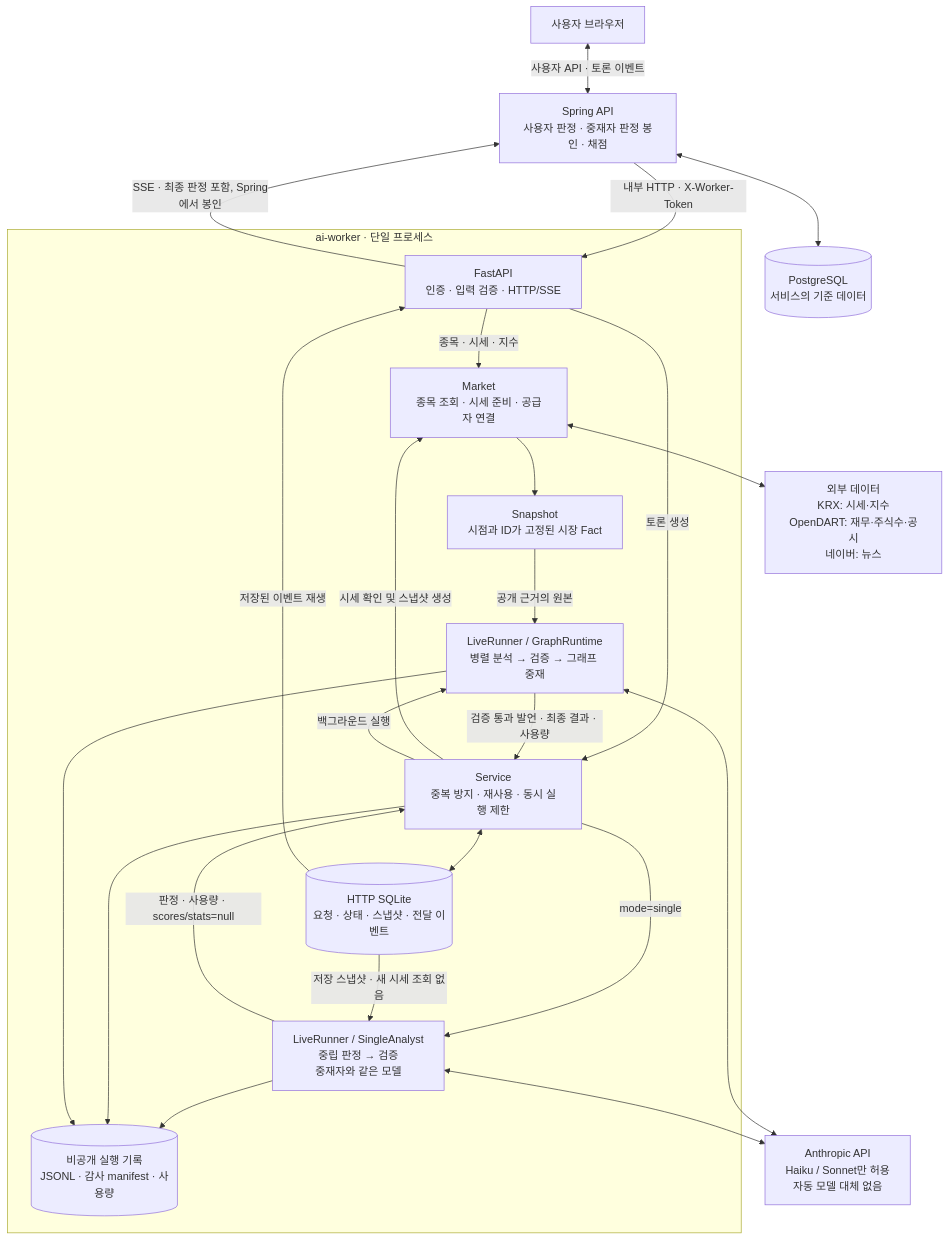
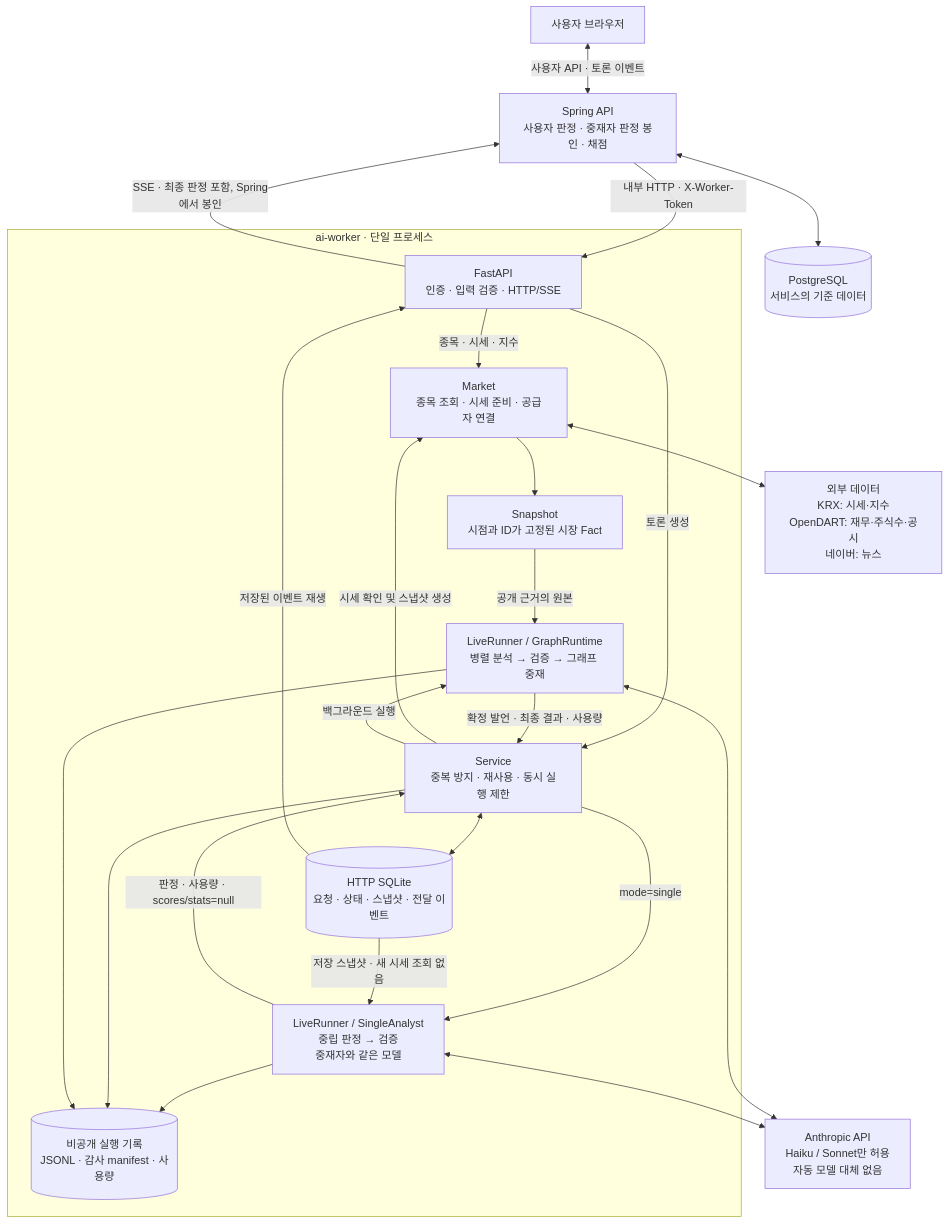
The first of 2 diagrams in ai-worker/README.md (ricky00-dev/bull-and-bear), drawn with Mermaid before and after one commit. The commit also changed other lines of this file and 61 other files, not shown here.

````diff
--- a/ai-worker/README.md
+++ b/ai-worker/README.md
@@ -196,38 +205,38 @@
 ```mermaid
 flowchart TB
     Browser["사용자 브라우저"] <-->|"사용자 API · 토론 이벤트"| Spring["Spring API<br/>사용자 판정 · 중재자 판정 봉인 · 채점"]
     Spring <--> PG[("PostgreSQL<br/>서비스의 기준 데이터")]
 
     subgraph Worker["ai-worker · 단일 프로세스"]
         HTTP["FastAPI<br/>인증 · 입력 검증 · HTTP/SSE"]
         Market["Market<br/>종목 조회 · 시세 준비 · 공급자 연결"]
         Service["Service<br/>중복 방지 · 재사용 · 동시 실행 제한"]
         Snapshot["Snapshot<br/>시점과 ID가 고정된 시장 Fact"]
         Engine["LiveRunner / GraphRuntime<br/>병렬 분석 → 검증 → 그래프 중재"]
         Single["LiveRunner / SingleAnalyst<br/>중립 판정 → 검증<br/>중재자와 같은 모델"]
         Store[("HTTP SQLite<br/>요청 · 상태 · 스냅샷 · 전달 이벤트")]
         Audit[("비공개 실행 기록<br/>JSONL · 감사 manifest · 사용량")]
 
         HTTP -->|"종목 · 시세 · 지수"| Market
         HTTP -->|"토론 생성"| Service
         Service -->|"시세 확인 및 스냅샷 생성"| Market
         Market --> Snapshot
         Service -->|"백그라운드 실행"| Engine
         Service -->|"mode=single"| Single
         Store -->|"저장 스냅샷 · 새 시세 조회 없음"| Single
         Single -->|"판정 · 사용량 · scores/stats=null"| Service
         Single --> Audit
         Snapshot -->|"공개 근거의 원본"| Engine
         Service <--> Store
-        Engine -->|"검증 통과 발언 · 최종 결과 · 사용량"| Service
+        Engine -->|"확정 발언 · 최종 결과 · 사용량"| Service
         Store -->|"저장된 이벤트 재생"| HTTP
         Service --> Audit
         Engine --> Audit
     end
 
     Spring -->|"내부 HTTP · X-Worker-Token"| HTTP
     HTTP -->|"SSE · 최종 판정 포함, Spring에서 봉인"| Spring
     Market <--> Sources["외부 데이터<br/>KRX: 시세·지수<br/>OpenDART: 재무·주식수·공시<br/>네이버: 뉴스"]
     Engine <--> Claude["Anthropic API<br/>Haiku / Sonnet만 허용<br/>자동 모델 대체 없음"]
     Single <--> Claude
 ```
````
